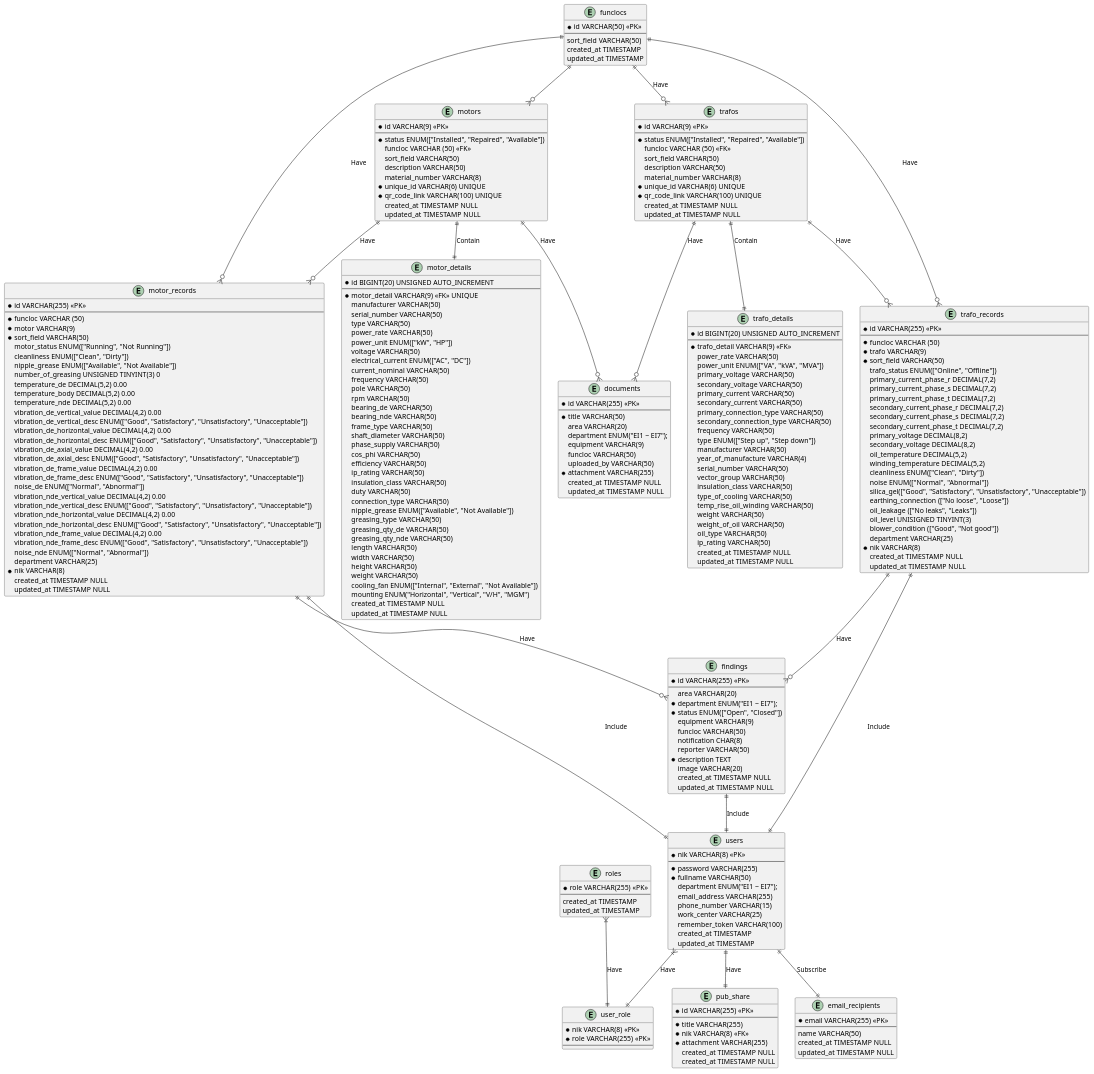
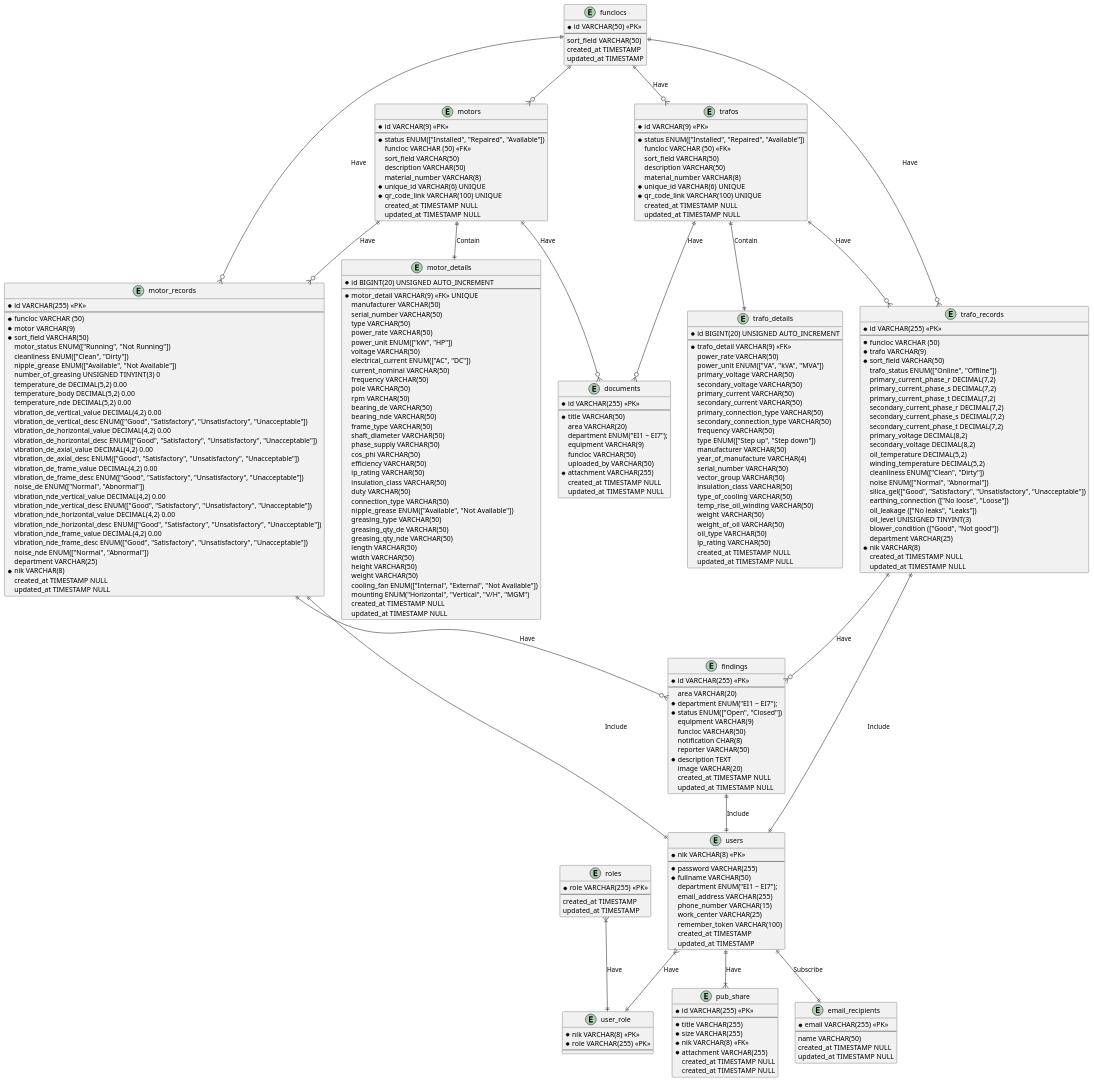
One commit to doniduaasattuu/fajar-e-maintenance changed the diagram in docs/fajar_e_maintenance.puml. Above: the diagram before and after it, drawn with PlantUML. The commit also changed 15 other files, not shown here.

Commit message:
create unit testing feature/pub-share

```diff
--- a/docs/fajar_e_maintenance.puml
+++ b/docs/fajar_e_maintenance.puml
@@ -233,6 +233,7 @@
   * id VARCHAR(255) <<PK>>
   --
   * title VARCHAR(255)
+  * size VARCHAR(255)
   * nik VARCHAR(8) <<FK>>
   * attachment VARCHAR(255)
     created_at TIMESTAMP NULL
@@ -247,7 +248,7 @@
     updated_at TIMESTAMP NULL
 }
  
-users ||--|| pub_share : Have
+users ||--|{ pub_share : Have
 users ||--|| email_recipients : Subscribe
 users }|--|| user_role : Have
 roles }|--|| user_role : Have
```
